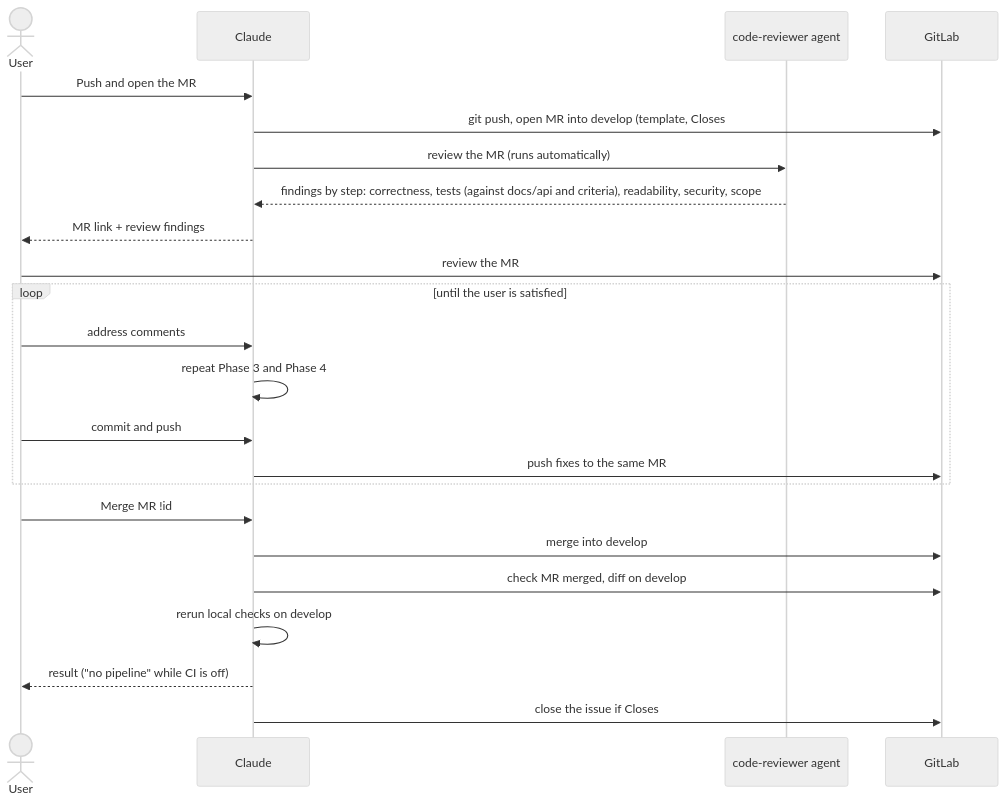
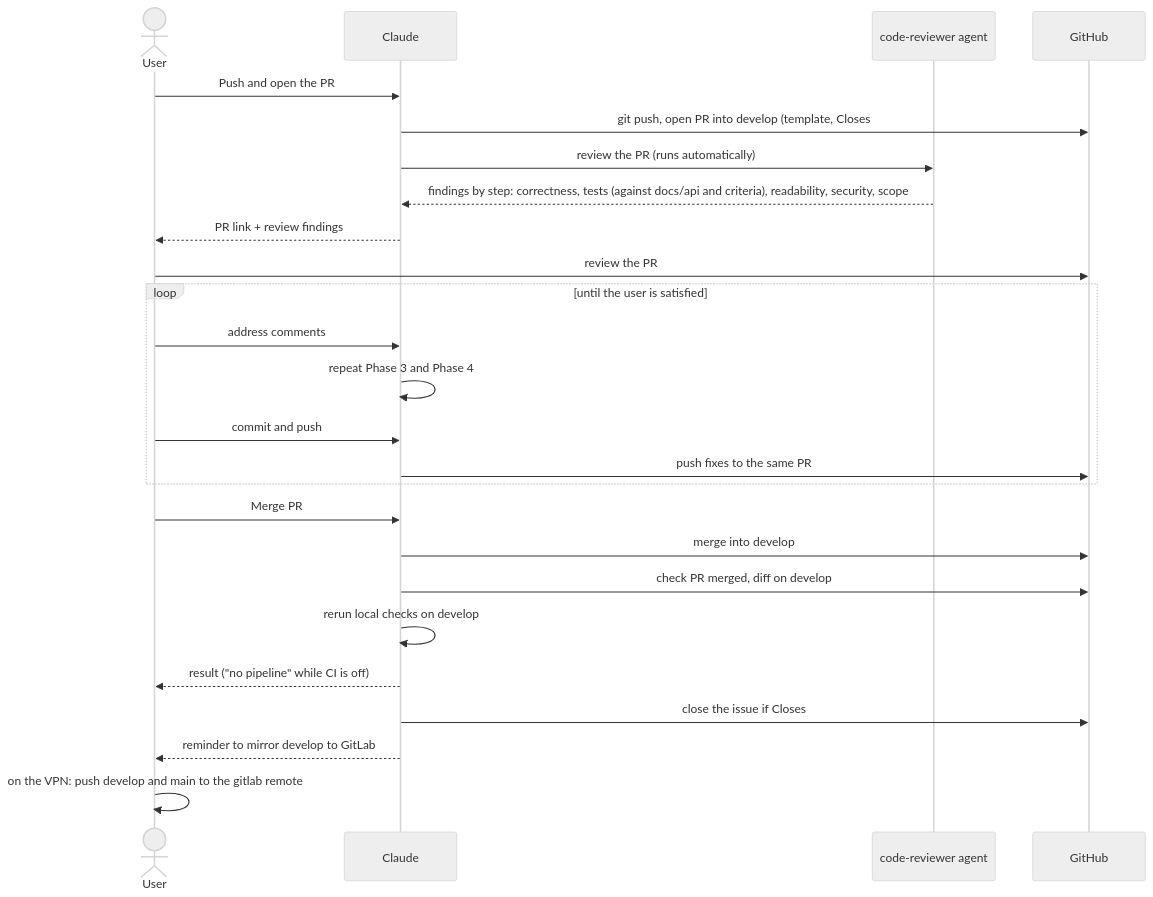
One commit to huynguyennang-agilityio/claude-code-training changed the third of 3 diagrams in docs/workflow.md. Above: the diagram before and after it, drawn with Mermaid (neutral theme). The commit also changed other lines of this file and 16 other files, not shown here.

First line of the commit message:
docs: move the workflow from GitLab to GitHub (Closes #3)

````diff
--- a/docs/workflow.md
+++ b/docs/workflow.md
@@ -68,25 +68,27 @@
 ```mermaid
 sequenceDiagram
     actor U as User
     participant C as Claude
     participant R as code-reviewer agent
-    participant G as GitLab
-    U->>C: Push and open the MR
-    C->>G: git push, open MR into develop (template, Closes #id)
-    C->>R: review the MR (runs automatically)
+    participant G as GitHub
+    U->>C: Push and open the PR
+    C->>G: git push, open PR into develop (template, Closes #id)
+    C->>R: review the PR (runs automatically)
     R-->>C: findings by step: correctness, tests (against docs/api and criteria), readability, security, scope
-    C-->>U: MR link + review findings
-    U->>G: review the MR
+    C-->>U: PR link + review findings
+    U->>G: review the PR
     loop until the user is satisfied
         U->>C: address comments
         C->>C: repeat Phase 3 and Phase 4
         U->>C: commit and push
-        C->>G: push fixes to the same MR
+        C->>G: push fixes to the same PR
     end
-    U->>C: Merge MR !id
+    U->>C: Merge PR #id
     C->>G: merge into develop
-    C->>G: check MR merged, diff on develop
+    C->>G: check PR merged, diff on develop
     C->>C: rerun local checks on develop
     C-->>U: result ("no pipeline" while CI is off)
     C->>G: close the issue if Closes #id did not
+    C-->>U: reminder to mirror develop to GitLab
+    U->>U: on the VPN: push develop and main to the gitlab remote
 ```
````
